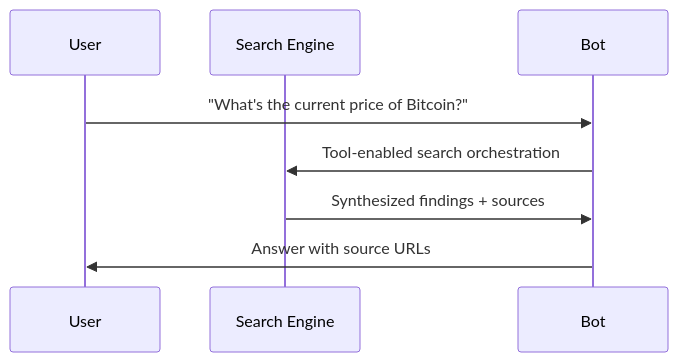
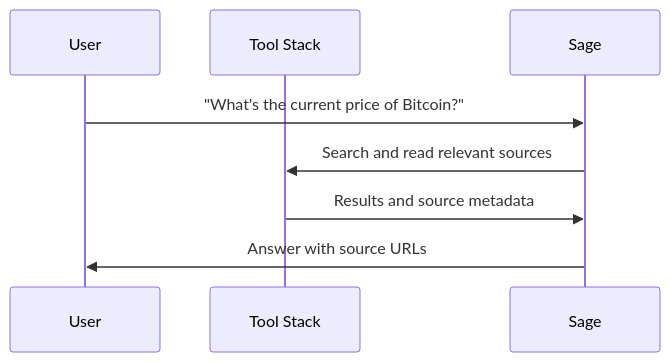
Before and after one commit to BokX1/Sage: the diagram in docs/architecture/SEARCH.md, drawn with Mermaid. The commit also changed other lines of this file and 21 other files, not shown here.

````diff
--- a/docs/architecture/SEARCH.md
+++ b/docs/architecture/SEARCH.md
@@ -40,11 +40,11 @@
 ```mermaid
 sequenceDiagram
     participant U as User
-    participant S as Search Engine
-    participant B as Bot
+    participant T as Tool Stack
+    participant B as Sage
 
     U->>B: "What's the current price of Bitcoin?"
-    B->>S: Tool-enabled search orchestration
-    S->>B: Synthesized findings + sources
+    B->>T: Search and read relevant sources
+    T->>B: Results and source metadata
     B->>U: Answer with source URLs
 ```
````
